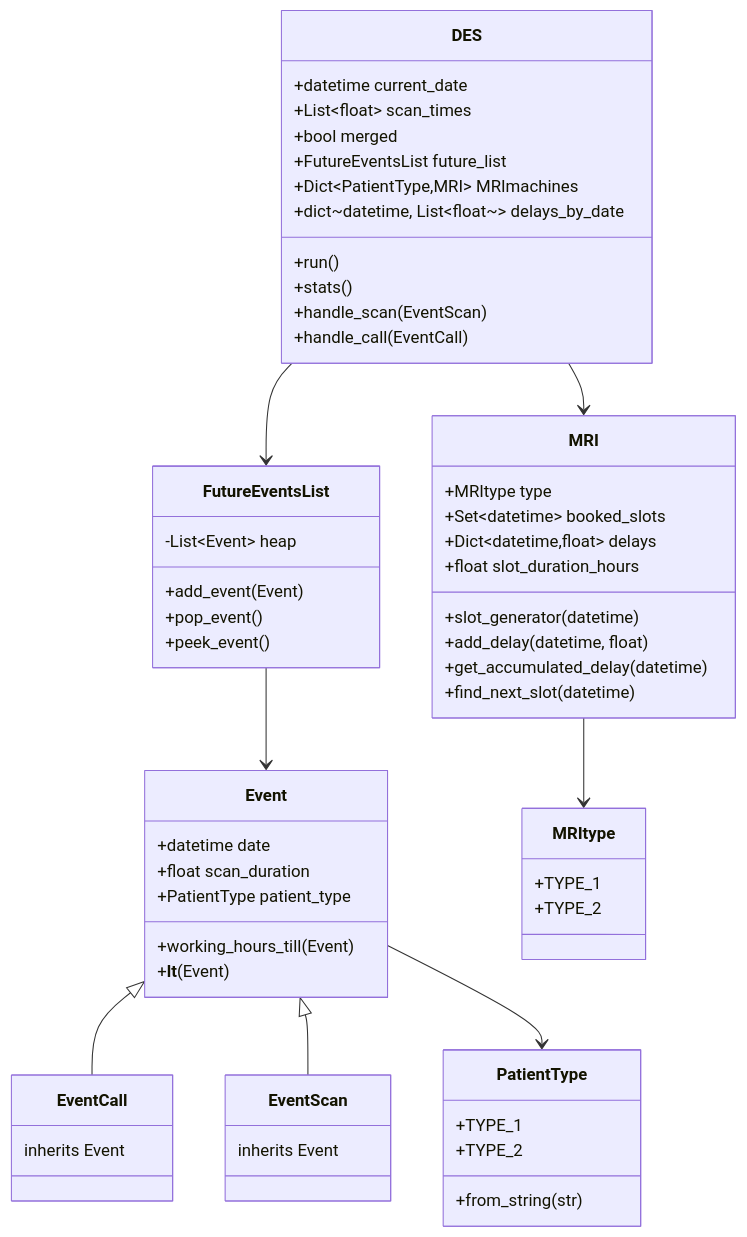
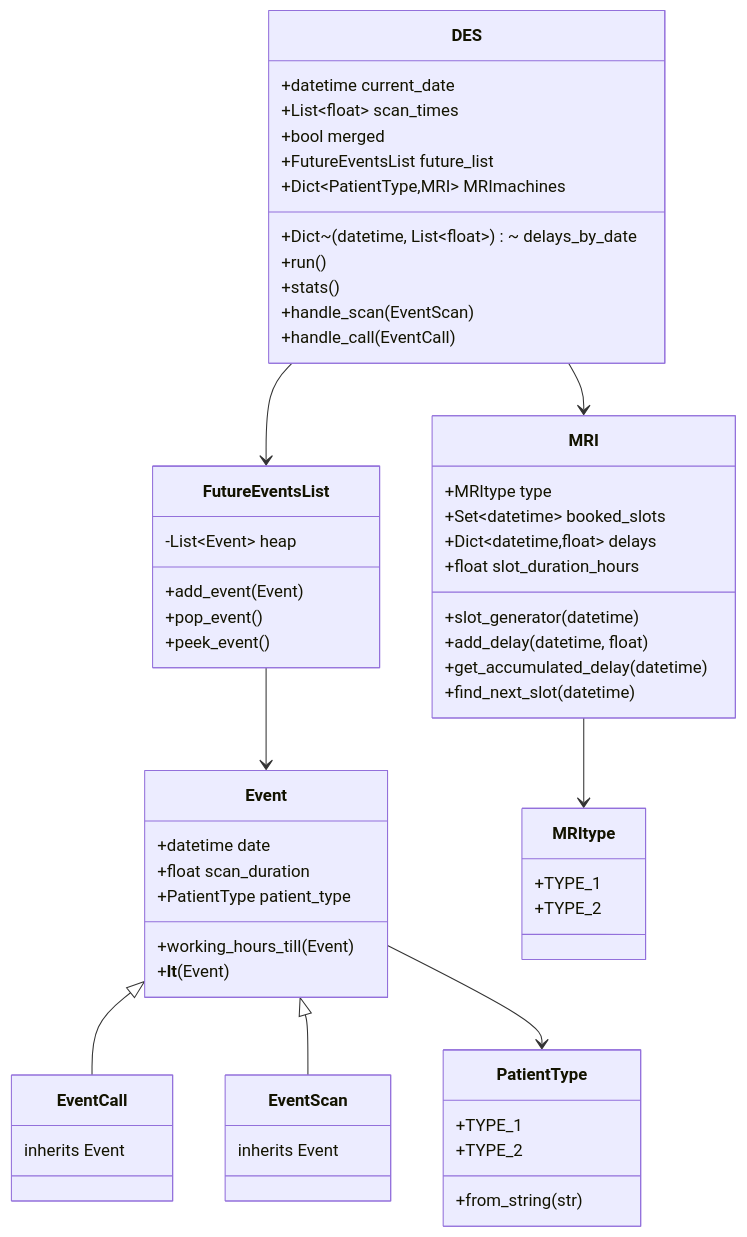
Before and after one commit to QuinnCuijpers/Computational-Assignment: the diagram in README.md, drawn with Mermaid.

````diff
--- a/README.md
+++ b/README.md
@@ -10,60 +10,60 @@
 ```mermaid
 classDiagram
 class Event {
 +datetime date
 +float scan_duration
 +PatientType patient_type
 +working_hours_till(Event)
 +__lt__(Event)
 }
 class EventCall {
 inherits Event
 }
 class EventScan {
 inherits Event
 }
 class PatientType {
 +TYPE_1
 +TYPE_2
 +from_string(str)
 }
 class MRItype {
 +TYPE_1
 +TYPE_2
 }
 class MRI {
 +MRItype type
 +Set~datetime~ booked_slots
 +Dict~datetime,float~ delays
 +float slot_duration_hours
 +slot_generator(datetime)
 +add_delay(datetime, float)
 +get_accumulated_delay(datetime)
 +find_next_slot(datetime)
 }
 class FutureEventsList {
 -List~Event~ heap
 +add_event(Event)
 +pop_event()
 +peek_event()
 }
 class DES {
 +datetime current_date
 +List~float~ scan_times
 +bool merged
 +FutureEventsList future_list
 +Dict~PatientType,MRI~ MRImachines
-+dict~datetime, List~float~~  delays_by_date
++Dict~(datetime, List~float~)~ delays_by_date
 +run()
 +stats()
 +handle_scan(EventScan)
 +handle_call(EventCall)
 }
 Event <|-- EventCall
 Event <|-- EventScan
 Event --> PatientType
 MRI --> MRItype
 DES --> FutureEventsList
 DES --> MRI
 FutureEventsList --> Event
 ```
````
